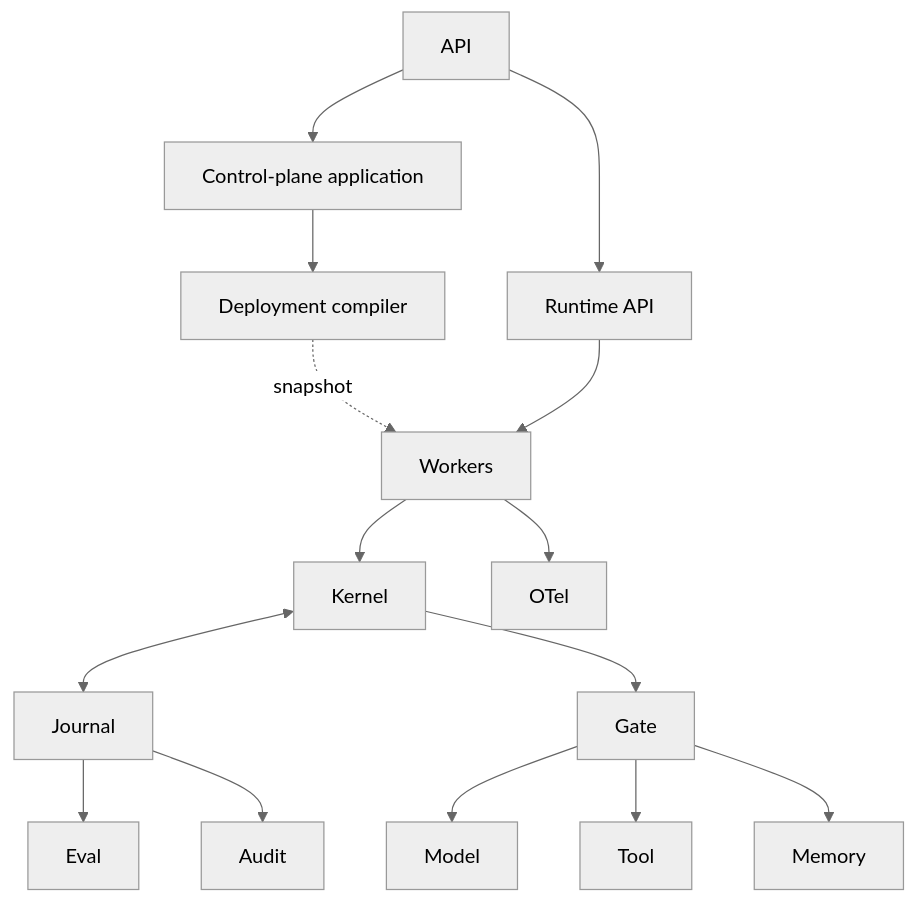
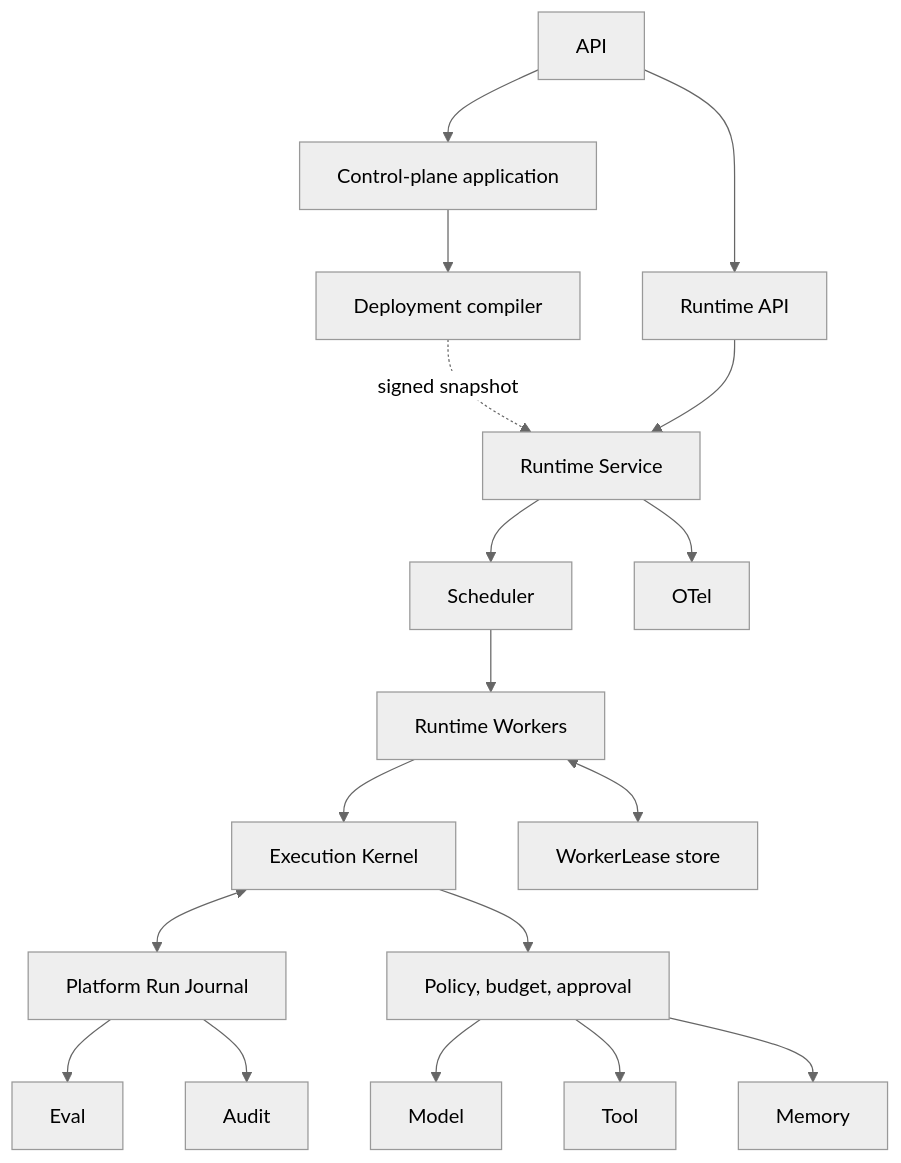
Before and after one commit to thaithienvanid/agentic-reference-architecture: the third of 15 diagrams in diagrams/index.mdx, drawn with Mermaid (neutral theme). The commit also changed other lines of this file, not shown here.

Commit message:
align diagram pack with canonical documentation and runtime model

````diff
--- a/diagrams/index.mdx
+++ b/diagrams/index.mdx
@@ -38,17 +40,20 @@
 ```mermaid
 flowchart TB
   API --> Control["Control-plane application"]
   API --> RunAPI["Runtime API"]
   Control --> Compiler["Deployment compiler"]
-  Compiler -. snapshot .-> Workers
-  RunAPI --> Workers
-  Workers --> Kernel
-  Kernel <--> Journal
-  Kernel --> Gate
+  Compiler -. signed snapshot .-> Runtime["Runtime Service"]
+  RunAPI --> Runtime
+  Runtime --> Scheduler
+  Scheduler --> Workers["Runtime Workers"]
+  Workers --> Kernel["Execution Kernel"]
+  Kernel <--> Journal["Platform Run Journal"]
+  Kernel --> Gate["Policy, budget, approval"]
   Gate --> Model
   Gate --> Tool
   Gate --> Memory
+  Workers <--> Leases["WorkerLease store"]
   Journal --> Eval
-  Workers --> OTel
+  Runtime --> OTel
   Journal --> Audit
 ```
````
